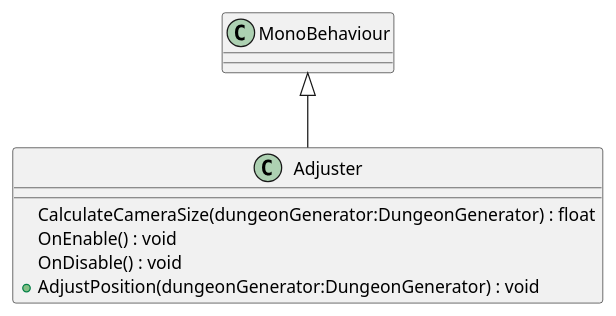
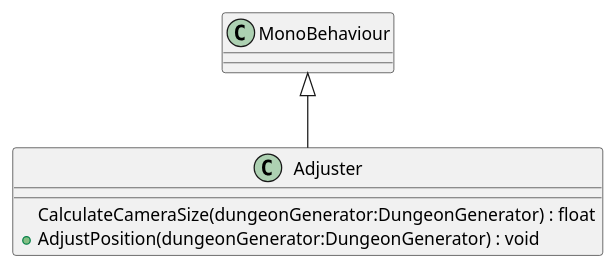
One commit to mysteryfungus/DungeonGeneratorUnity changed the diagram in UML/Assets/Scripts/Adjuster.puml. Above: the diagram before and after it, drawn with PlantUML. The commit also changed 61 other files, not shown here.

Commit message:
Generate UML (Generate UML)

```diff
--- a/UML/Assets/Scripts/Adjuster.puml
+++ b/UML/Assets/Scripts/Adjuster.puml
@@ -1,9 +1,7 @@
 @startuml
 class Adjuster {
     CalculateCameraSize(dungeonGenerator:DungeonGenerator) : float
-    OnEnable() : void
-    OnDisable() : void
     + AdjustPosition(dungeonGenerator:DungeonGenerator) : void
 }
 MonoBehaviour <|-- Adjuster
 @enduml
```
